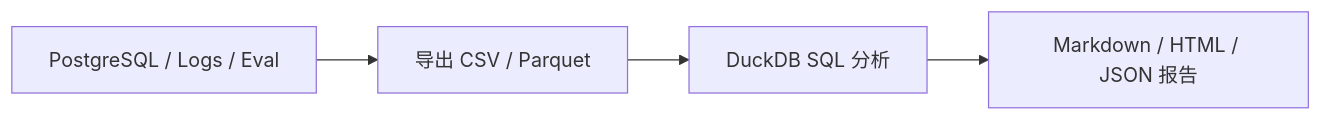
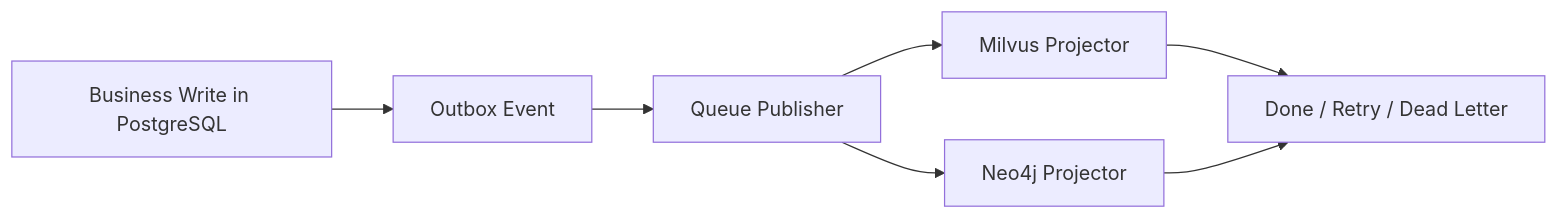
One commit to pretextQ/Reminder changed diagram 17 of 23 in company_target/day1-day20-summary.md. Above: the diagram before and after it, drawn with Mermaid. The commit also changed other lines of this file and 4 other files, not shown here.

````diff
--- a/company_target/day1-day20-summary.md
+++ b/company_target/day1-day20-summary.md
@@ -494,6 +536,9 @@
 ```mermaid
 flowchart LR
-    A[PostgreSQL / Logs / Eval] --> B[导出 CSV / Parquet]
-    B --> C[DuckDB SQL 分析]
-    C --> D[Markdown / HTML / JSON 报告]
+    A[Business Write in PostgreSQL] --> B[Outbox Event]
+    B --> C[Queue Publisher]
+    C --> D[Milvus Projector]
+    C --> E[Neo4j Projector]
+    D --> G[Done / Retry / Dead Letter]
+    E --> G
 ```
````
